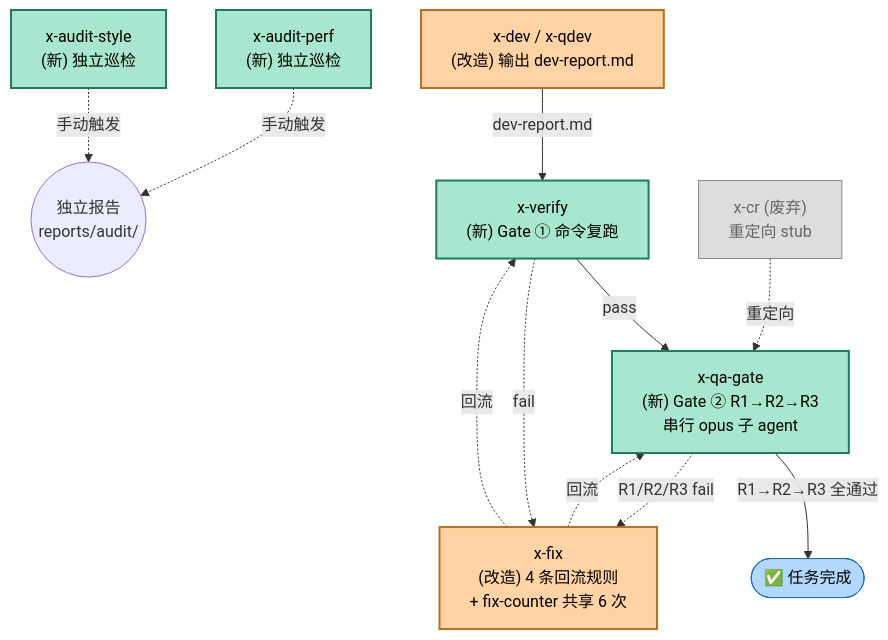
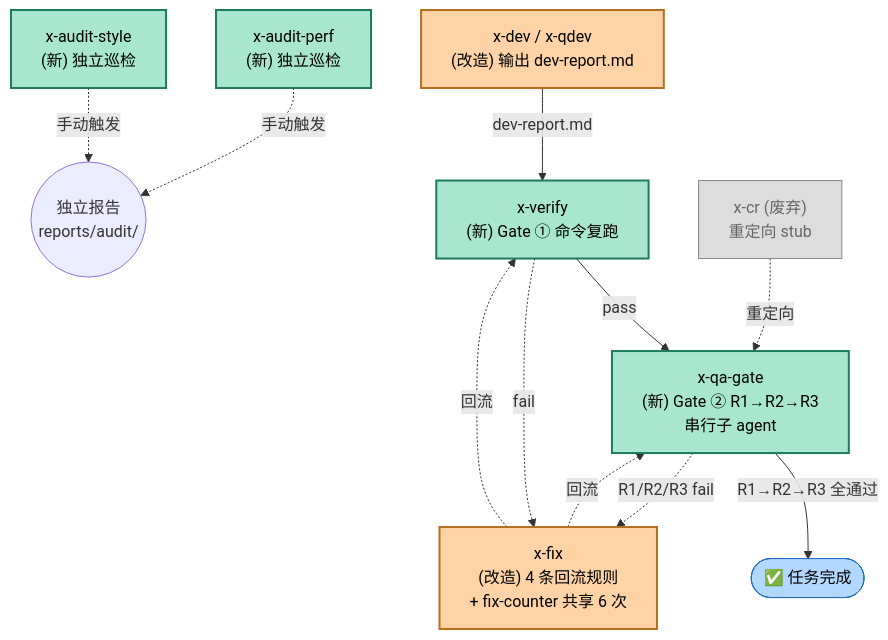
Before and after one commit to KtKID/x-dev-pipeline: the diagram in examples/req-modules-diagram-demo.md, drawn with Mermaid. The commit also changed 2 other files, not shown here.

Commit message:
docs(qa-gate): refresh model-neutral task records

````diff
--- a/examples/req-modules-diagram-demo.md
+++ b/examples/req-modules-diagram-demo.md
@@ -14,31 +14,31 @@
 ```mermaid
 flowchart TD
   classDef new fill:#a8e6cf,stroke:#1d7c5e,stroke-width:2px,color:#000
   classDef changed fill:#ffd3a5,stroke:#b86e1f,stroke-width:2px,color:#000
   classDef deprecated fill:#ddd,stroke:#888,color:#666
   classDef done fill:#b3d8ff,stroke:#1e6fbb,color:#000
 
   Dev["x-dev / x-qdev<br/>(改造) 输出 dev-report.md"]:::changed
   Verify["x-verify<br/>(新) Gate ① 命令复跑"]:::new
-  Qua["x-qa-gate<br/>(新) Gate ② R1→R2→R3<br/>串行 opus 子 agent"]:::new
+  Qua["x-qa-gate<br/>(新) Gate ② R1→R2→R3<br/>串行子 agent"]:::new
   Fix["x-fix<br/>(改造) 4 条回流规则<br/>+ fix-counter 共享 6 次"]:::changed
   Done(["✅ 任务完成"]):::done
 
   AuditP["x-audit-perf<br/>(新) 独立巡检"]:::new
   AuditS["x-audit-style<br/>(新) 独立巡检"]:::new
   Indep((独立报告<br/>reports/audit/))
 
   Cr["x-cr (废弃)<br/>重定向 stub"]:::deprecated
 
   Dev -->|dev-report.md| Verify
   Verify -->|pass| Qua
   Qua -->|R1→R2→R3 全通过| Done
   Verify -.fail.-> Fix
   Qua -.R1/R2/R3 fail.-> Fix
   Fix -.回流.-> Verify
   Fix -.回流.-> Qua
 
   Cr -.重定向.-> Qua
   AuditP -.手动触发.-> Indep
   AuditS -.手动触发.-> Indep
 ```
````
